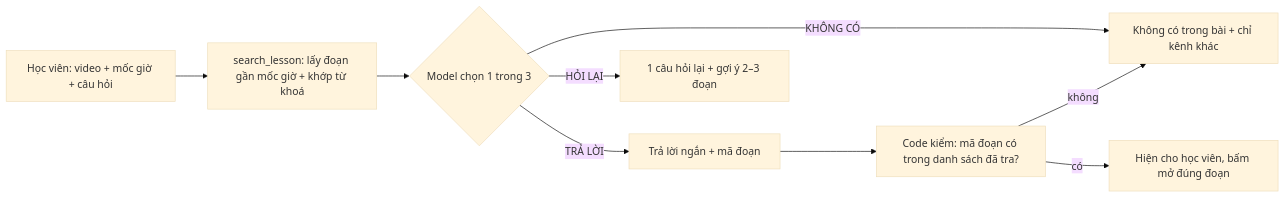
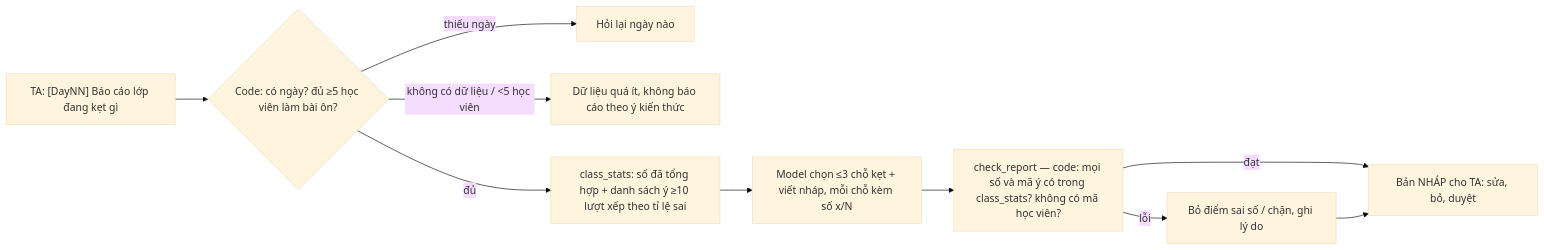
One commit to TunDangg/K5-Day15-L3A-SoftAndWet changed the diagram in spec.md. Above: the diagram before and after it, drawn with Mermaid (base theme). The commit also changed other lines of this file and 8 other files, not shown here.

Commit message:
docs: Đổi lát cắt sang báo cáo lớp kẹt gì cho TA; nháp spec, benchmark, metric, data card, phân công CP2

````diff
--- a/spec.md
+++ b/spec.md
@@ -48,11 +53,12 @@
 ```mermaid
 flowchart LR
-  A[Học viên: video + mốc giờ + câu hỏi] --> B[search_lesson: lấy đoạn gần mốc giờ + khớp từ khoá]
-  B --> C{Model chọn 1 trong 3}
-  C -->|TRẢ LỜI| D[Trả lời ngắn + mã đoạn]
-  C -->|HỎI LẠI| E[1 câu hỏi lại + gợi ý 2–3 đoạn]
-  C -->|KHÔNG CÓ| F["Không có trong bài" + chỉ kênh khác]
-  D --> G[Code kiểm: mã đoạn có trong danh sách đã tra?]
-  G -->|không| F
-  G -->|có| H[Hiện cho học viên, bấm mở đúng đoạn]
+  A["TA: [DayNN] Báo cáo lớp đang kẹt gì"] --> B{Code: có ngày? đủ ≥5 học viên làm bài ôn?}
+  B -->|thiếu ngày| Q[Hỏi lại ngày nào]
+  B -->|không có dữ liệu / <5 học viên| L["Dữ liệu quá ít, không báo cáo theo ý kiến thức"]
+  B -->|đủ| C[class_stats: số đã tổng hợp + danh sách ý ≥10 lượt xếp theo tỉ lệ sai]
+  C --> D[Model chọn ≤3 chỗ kẹt + viết nháp, mỗi chỗ kèm số x/N]
+  D --> E[check_report — code: mọi số và mã ý có trong class_stats? không có mã học viên?]
+  E -->|lỗi| F[Bỏ điểm sai số / chặn, ghi lý do]
+  E -->|đạt| G["Bản NHÁP cho TA: sửa, bỏ, duyệt"]
+  F --> G
 ```
````
